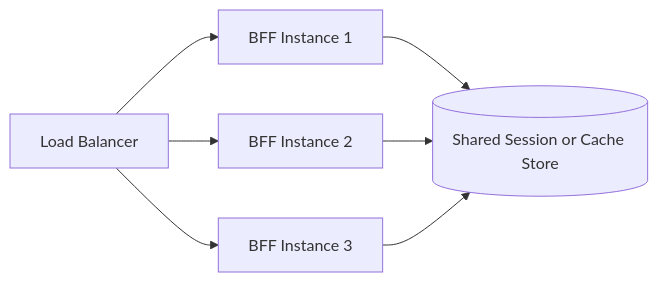
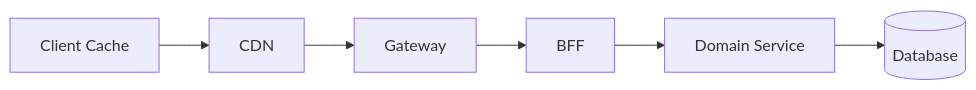
The ninth of 10 diagrams in src/content/system-design/api-gateway.md (AvadhBhalodiya/Interview-Preparation), drawn with Mermaid before and after one commit. The commit also changed other lines of this file and 54 other files, not shown here.

````diff
--- a/src/content/system-design/api-gateway.md
+++ b/src/content/system-design/api-gateway.md
@@ -742,10 +680,8 @@
 ```mermaid
 flowchart LR
-    LB[Load Balancer] --> B1[BFF Instance 1]
-    LB --> B2[BFF Instance 2]
-    LB --> B3[BFF Instance 3]
-
-    B1 --> REDIS[(Shared Session or Cache Store)]
-    B2 --> REDIS
-    B3 --> REDIS
+    CLIENT[Client Cache] --> CDN[CDN]
+    CDN --> GW[Gateway]
+    GW --> BFF[BFF]
+    BFF --> SERVICE[Domain Service]
+    SERVICE --> DB[(Database)]
 ```
````
